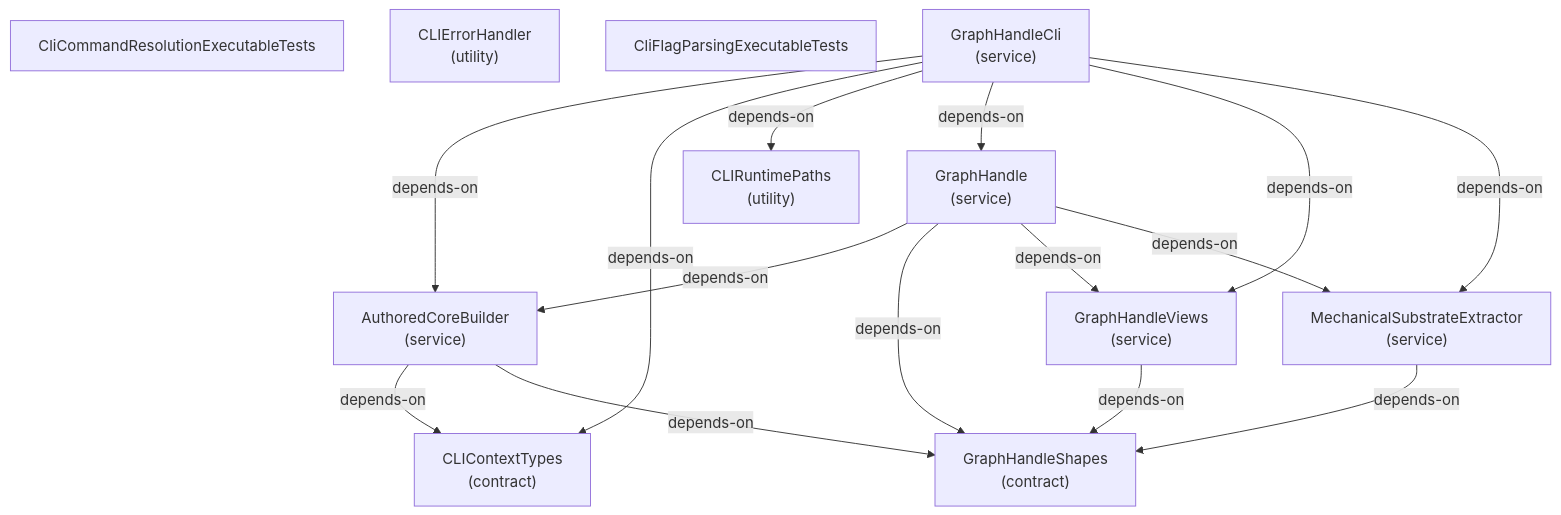
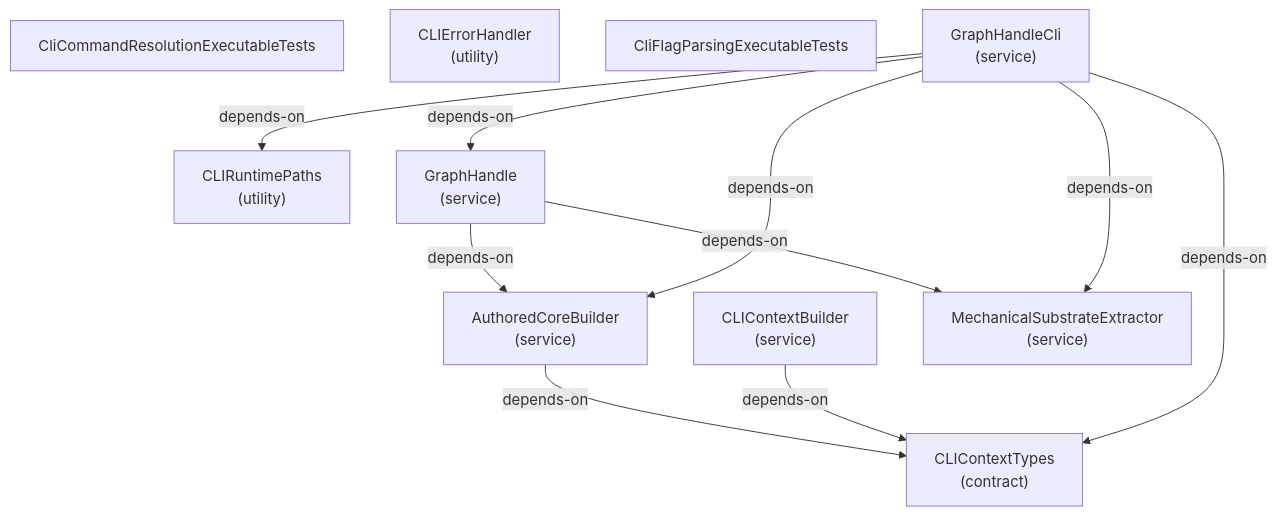
The second of 8 diagrams in docs-live/architecture/package-seam.md (libar-dev/architect), drawn with Mermaid before and after one commit. The commit also changed other lines of this file and 185 other files, not shown here.

Commit message:
refactor(architect): replace facade with frozen graph handle

````diff
--- a/docs-live/architecture/package-seam.md
+++ b/docs-live/architecture/package-seam.md
@@ -40,28 +40,22 @@
 ```mermaid
 graph TD
   authoredcorebuilder["AuthoredCoreBuilder<br/>(service)"]
   clicommandresolutionexecutabletests["CliCommandResolutionExecutableTests"]
+  clicontextbuilder["CLIContextBuilder<br/>(service)"]
   clicontexttypes["CLIContextTypes<br/>(contract)"]
   clierrorhandler["CLIErrorHandler<br/>(utility)"]
   cliflagparsingexecutabletests["CliFlagParsingExecutableTests"]
   cliruntimepaths["CLIRuntimePaths<br/>(utility)"]
   graphhandle["GraphHandle<br/>(service)"]
   graphhandlecli["GraphHandleCli<br/>(service)"]
-  graphhandleshapes["GraphHandleShapes<br/>(contract)"]
-  graphhandleviews["GraphHandleViews<br/>(service)"]
   mechanicalsubstrateextractor["MechanicalSubstrateExtractor<br/>(service)"]
   authoredcorebuilder -->|depends-on| clicontexttypes
-  authoredcorebuilder -->|depends-on| graphhandleshapes
+  clicontextbuilder -->|depends-on| clicontexttypes
   graphhandle -->|depends-on| authoredcorebuilder
-  graphhandle -->|depends-on| graphhandleshapes
-  graphhandle -->|depends-on| graphhandleviews
   graphhandle -->|depends-on| mechanicalsubstrateextractor
   graphhandlecli -->|depends-on| authoredcorebuilder
   graphhandlecli -->|depends-on| clicontexttypes
   graphhandlecli -->|depends-on| cliruntimepaths
   graphhandlecli -->|depends-on| graphhandle
-  graphhandlecli -->|depends-on| graphhandleviews
   graphhandlecli -->|depends-on| mechanicalsubstrateextractor
-  graphhandleviews -->|depends-on| graphhandleshapes
-  mechanicalsubstrateextractor -->|depends-on| graphhandleshapes
 ```
````
